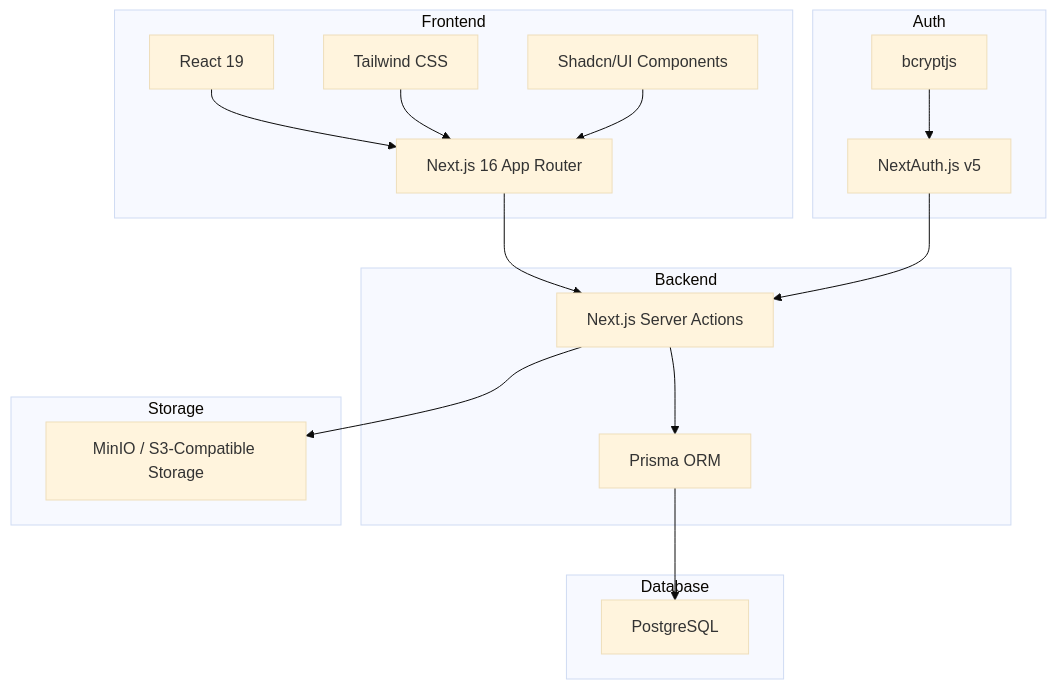
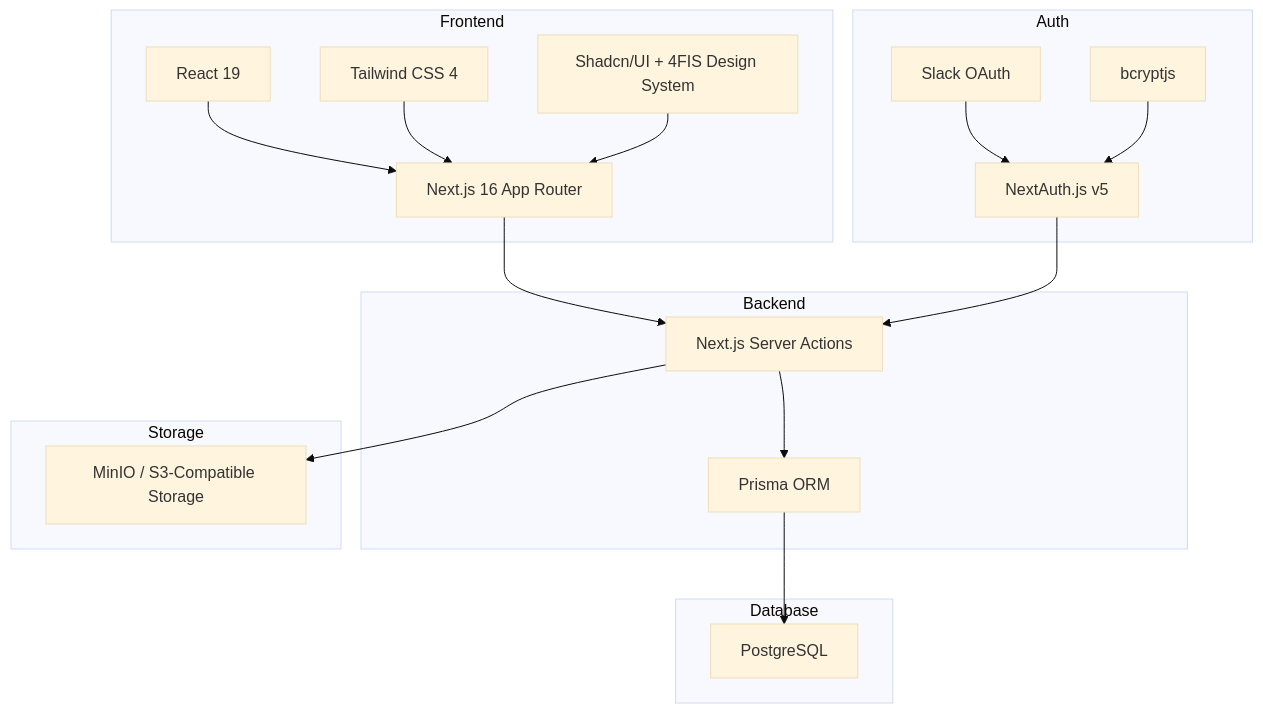
One commit to fandap42/uctenky-app changed the first of 8 diagrams in docs/TECHNICAL_DOCUMENTATION.md. Above: the diagram before and after it, drawn with Mermaid (base theme). The commit also changed other lines of this file and 3 other files, not shown here.

````diff
--- a/docs/TECHNICAL_DOCUMENTATION.md
+++ b/docs/TECHNICAL_DOCUMENTATION.md
@@ -34,37 +37,39 @@
 ```mermaid
 graph TD
     subgraph Frontend
         A[Next.js 16 App Router]
         B[React 19]
-        C[Tailwind CSS]
-        D[Shadcn/UI Components]
+        C[Tailwind CSS 4]
+        D[Shadcn/UI + 4FIS Design System]
     end
     
     subgraph Backend
         E[Next.js Server Actions]
         F[Prisma ORM]
     end
     
     subgraph Database
         G[PostgreSQL]
     end
     
     subgraph Storage
         H[MinIO / S3-Compatible Storage]
     end
     
     subgraph Auth
         I[NextAuth.js v5]
-        J[bcryptjs]
+        J[Slack OAuth]
+        K[bcryptjs]
     end
     
     A --> E
     B --> A
     C --> A
     D --> A
     E --> F
     F --> G
     E --> H
     I --> E
     J --> I
+    K --> I
 ```
````
